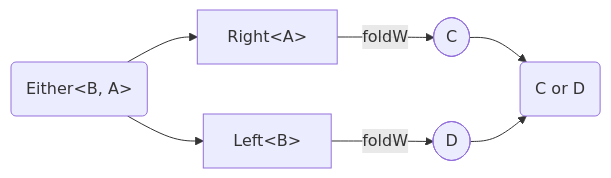
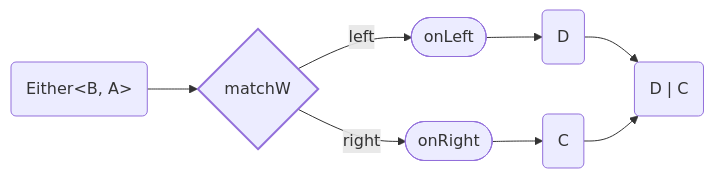
Before and after one commit to adamjosefus/fp-ts-examples: the sixth of 8 diagrams in Either.md, drawn with Mermaid. The commit also changed other lines of this file, not shown here.

````diff
--- a/Either.md
+++ b/Either.md
@@ -255,10 +258,20 @@
 ```mermaid
 flowchart LR
-input("Either<<span>B, A</span>>") --> left[Left<<span>B</span>>]
-    input --> right[Right<<span>A</span>>]
-        right --> | foldW | resultRight([<span>C</span>])
-        left -->  | foldW | resultLeft([<span>D</span>])
-            resultRight --> result(<span>C or D</span>)
-            resultLeft --> result(<span>C or D</span>)
+    style matchW stroke-width: 2px
 
+    input( Either<<span>B, A</span>> )
+    matchW{ matchW }
+    onLeft([ onLeft ])
+    onRight([ onRight ])
+    leftOutput( D )
+    rightOutput( C )
+    output("D | C")
+
+    input --> matchW
+    matchW --> | left | onLeft
+    matchW --> | right | onRight
+    onLeft --> leftOutput
+    onRight --> rightOutput
+    leftOutput --> output
+    rightOutput --> output
 ```
````
